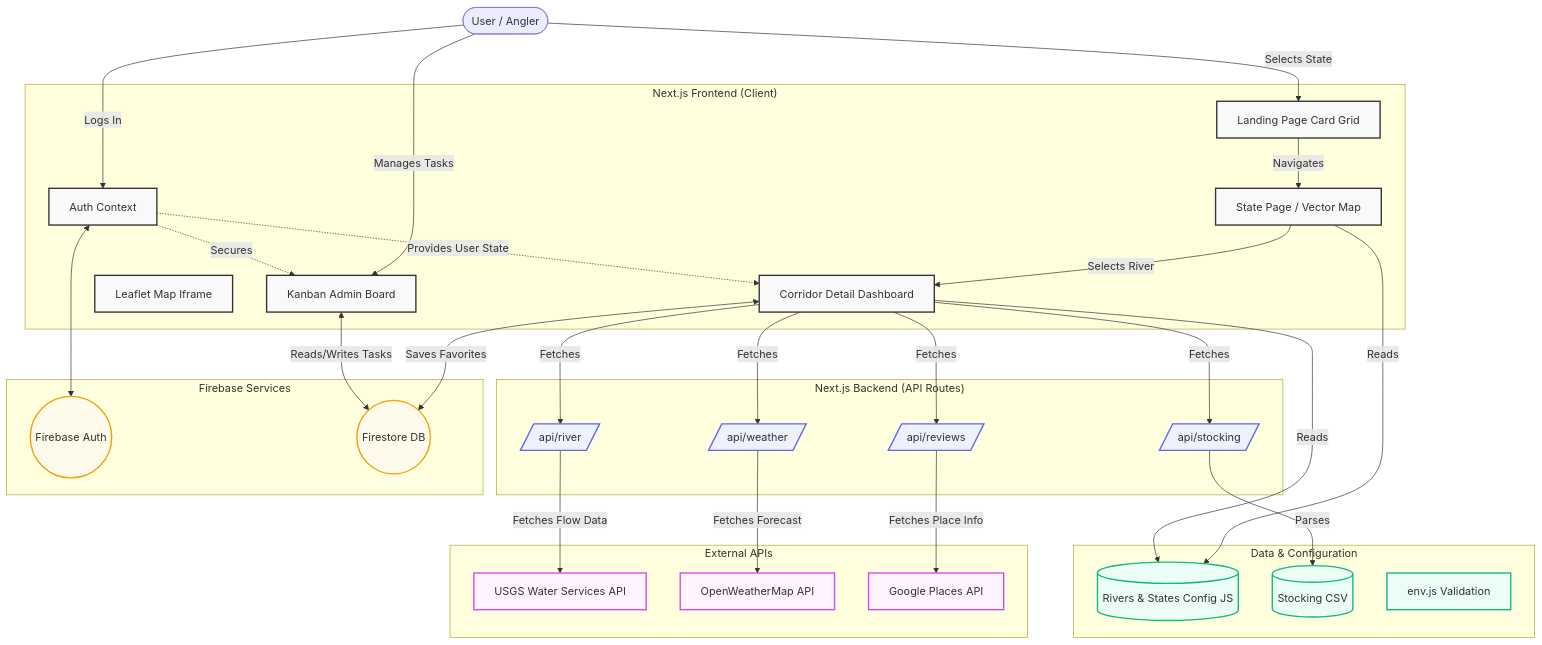
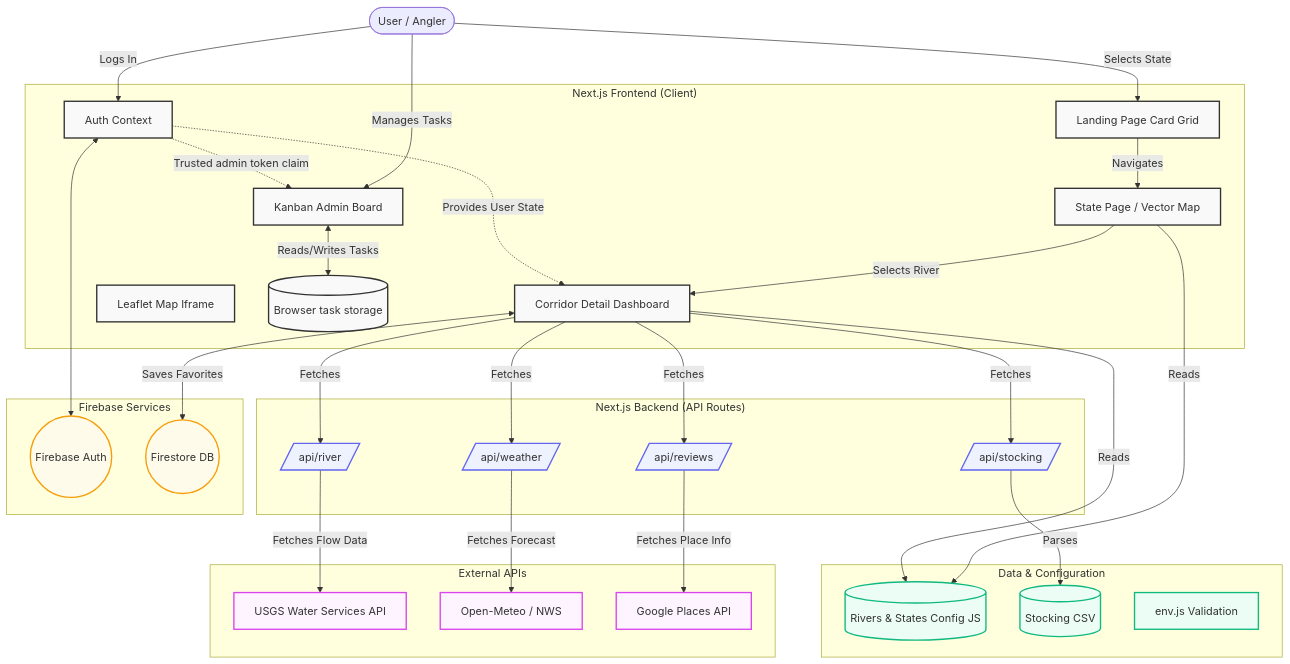
The diagram in ARCHITECTURE.md (john4526/fly-fishing-trip-planner), drawn with Mermaid before and after one commit. The commit also changed other lines of this file and 19 other files, not shown here.

````diff
--- a/ARCHITECTURE.md
+++ b/ARCHITECTURE.md
@@ -9,74 +9,75 @@
 ```mermaid
 graph TD
     %% Styling
     classDef client fill:#f9f9f9,stroke:#333,stroke-width:2px;
     classDef server fill:#eef2ff,stroke:#6366f1,stroke-width:2px;
     classDef external fill:#fdf4ff,stroke:#d946ef,stroke-width:2px;
     classDef firebase fill:#fffbeb,stroke:#f59e0b,stroke-width:2px;
     classDef static fill:#ecfdf5,stroke:#10b981,stroke-width:2px;
 
     User([User / Angler])
 
     subgraph "Next.js Frontend (Client)"
         Landing[Landing Page Card Grid]:::client
         StateOverview[State Page / Vector Map]:::client
         CorridorDetails[Corridor Detail Dashboard]:::client
         Auth[Auth Context]:::client
         Map[Leaflet Map Iframe]:::client
         Admin[Kanban Admin Board]:::client
+        LocalTasks[(Browser task storage)]:::client
     end
 
     subgraph "Next.js Backend (API Routes)"
         WeatherAPI[/api/weather/]:::server
         RiverAPI[/api/river/]:::server
         ReviewsAPI[/api/reviews/]:::server
         StockingAPI[/api/stocking/]:::server
     end
 
     subgraph "Data & Configuration"
         StaticConfig[(Rivers & States Config JS)]:::static
         StockingCSV[(Stocking CSV)]:::static
         EnvConfig[env.js Validation]:::static
     end
 
     subgraph "Firebase Services"
         FirebaseAuth((Firebase Auth)):::firebase
         Firestore((Firestore DB)):::firebase
     end
 
     subgraph "External APIs"
         USGS[USGS Water Services API]:::external
-        OpenWeather[OpenWeatherMap API]:::external
+        OpenWeather[Open-Meteo / NWS]:::external
         GooglePlaces[Google Places API]:::external
     end
 
     %% User Interactions
     User -->|Selects State| Landing
     Landing -->|Navigates| StateOverview
     StateOverview -->|Selects River| CorridorDetails
     User -->|Logs In| Auth
     User -->|Manages Tasks| Admin
 
     %% Frontend to Backend
     CorridorDetails -->|Fetches| WeatherAPI
     CorridorDetails -->|Fetches| RiverAPI
     CorridorDetails -->|Fetches| ReviewsAPI
     CorridorDetails -->|Fetches| StockingAPI
     StateOverview -->|Reads| StaticConfig
     CorridorDetails -->|Reads| StaticConfig
 
     %% Auth & DB
     Auth <--> FirebaseAuth
     CorridorDetails <-->|Saves Favorites| Firestore
-    Admin <-->|Reads/Writes Tasks| Firestore
+    Admin <-->|Reads/Writes Tasks| LocalTasks
 
     %% Backend to External APIs
     WeatherAPI -->|Fetches Forecast| OpenWeather
     RiverAPI -->|Fetches Flow Data| USGS
     ReviewsAPI -->|Fetches Place Info| GooglePlaces
     StockingAPI -->|Parses| StockingCSV
 
     %% Context Flow
     Auth -.->|Provides User State| CorridorDetails
-    Auth -.->|Secures| Admin
+    Auth -.->|Trusted admin token claim| Admin
 ```
````
